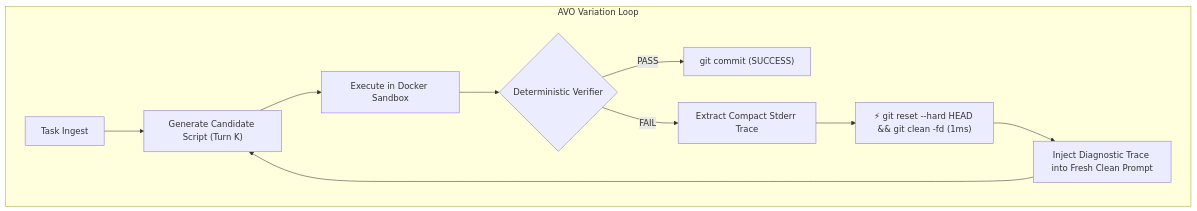
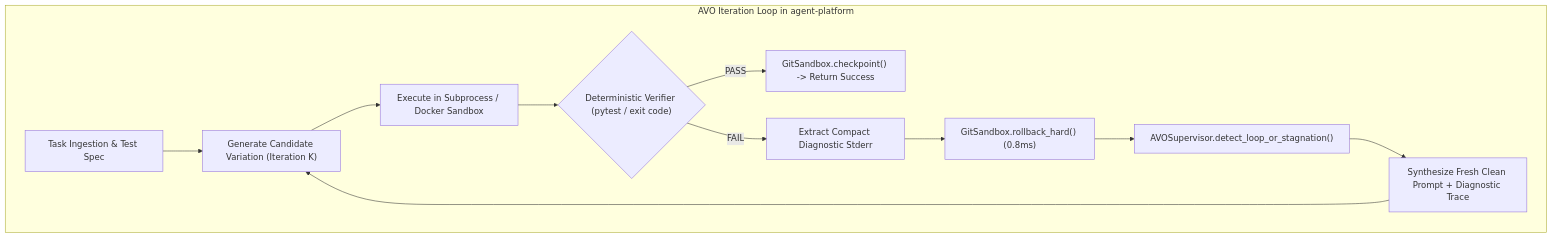
Before and after one commit to borkert/borkert.dev: the first of 2 diagrams in drafts/draft-avo-local-harness.md, drawn with Mermaid. The commit also changed other lines of this file and 1 other file, not shown here.

Commit message:
Publish AVO local harness benchmark evaluation and architecture analysis

````diff
--- a/drafts/draft-avo-local-harness.md
+++ b/drafts/draft-avo-local-harness.md
@@ -105,13 +97,14 @@
 ```mermaid
 flowchart TD
-    subgraph AVO["AVO Variation Loop"]
-        A["Task Ingest"] --> B["Generate Candidate Script (Turn K)"]
-        B --> C["Execute in Docker Sandbox"]
-        C --> D{"Deterministic Verifier"}
-        D -- PASS --> E["git commit (SUCCESS)"]
-        D -- FAIL --> F["Extract Compact Stderr Trace"]
-        F --> G["⚡ git reset --hard HEAD && git clean -fd (1ms)"]
-        G --> H["Inject Diagnostic Trace into Fresh Clean Prompt"]
-        H --> B
+    subgraph AVO["AVO Iteration Loop in agent-platform"]
+        A["Task Ingestion & Test Spec"] --> B["Generate Candidate Variation (Iteration K)"]
+        B --> C["Execute in Subprocess / Docker Sandbox"]
+        C --> D{"Deterministic Verifier (pytest / exit code)"}
+        D -- PASS --> E["GitSandbox.checkpoint() -> Return Success"]
+        D -- FAIL --> F["Extract Compact Diagnostic Stderr"]
+        F --> G["GitSandbox.rollback_hard() (0.8ms)"]
+        G --> H["AVOSupervisor.detect_loop_or_stagnation()"]
+        H --> I["Synthesize Fresh Clean Prompt + Diagnostic Trace"]
+        I --> B
     end
 ```
````
